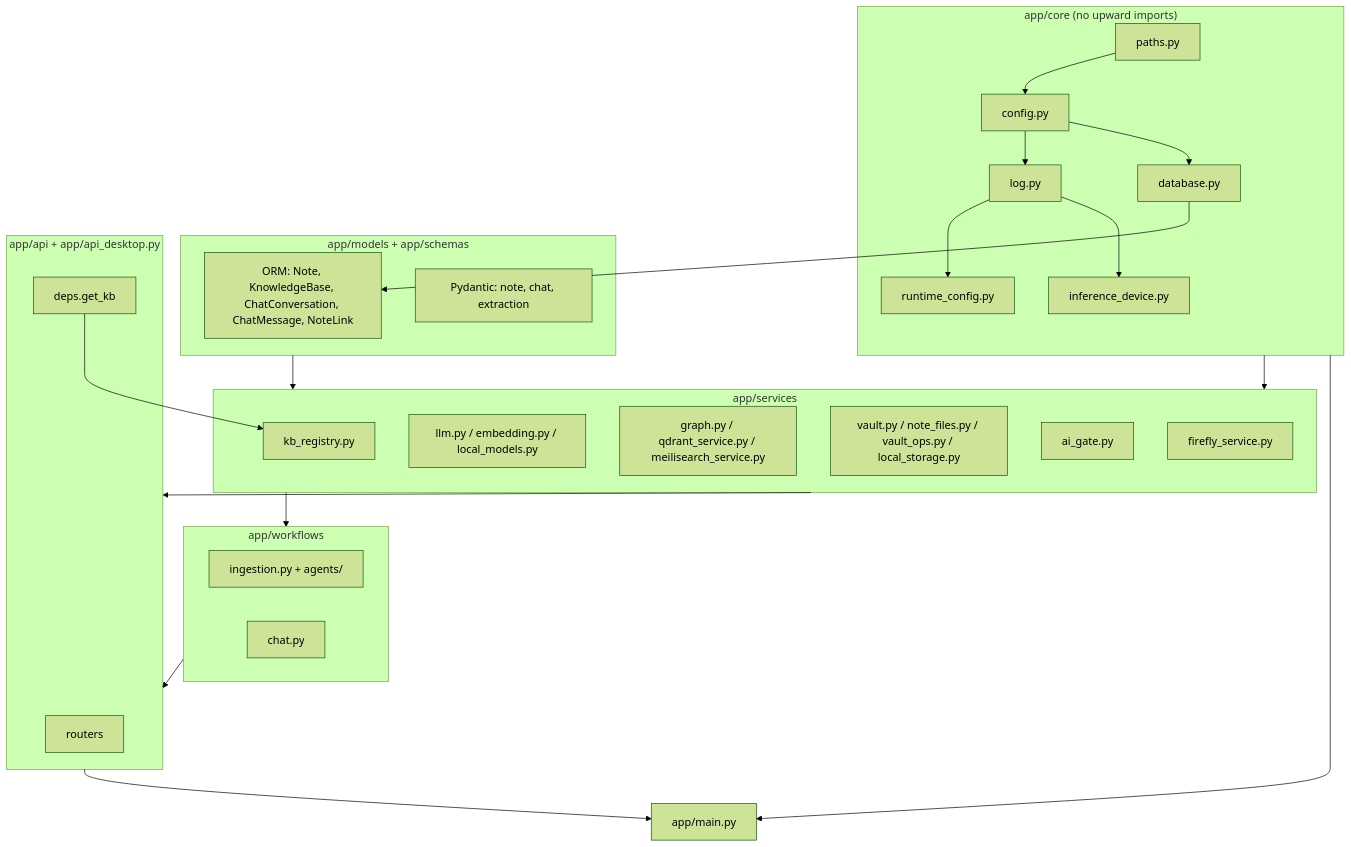
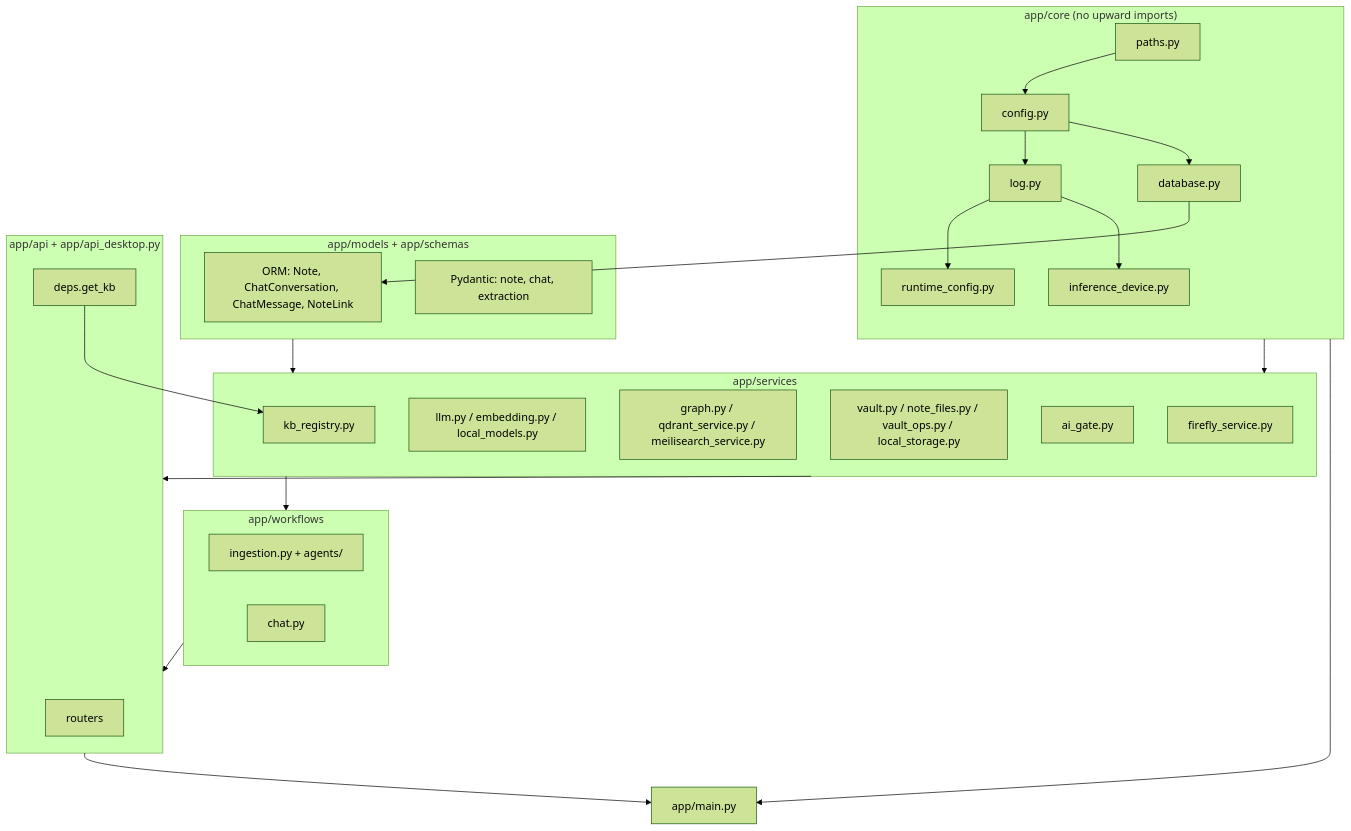
The first of 2 diagrams in Docs/06-backend-core-and-configuration.md (josetseph/Orb), drawn with Mermaid (forest theme) before and after one commit. The commit also changed other lines of this file and 35 other files, not shown here.

````diff
--- a/Docs/06-backend-core-and-configuration.md
+++ b/Docs/06-backend-core-and-configuration.md
@@ -60,45 +60,45 @@
 ```mermaid
 flowchart TB
     subgraph core["app/core (no upward imports)"]
         paths[paths.py]
         config[config.py]
         log[log.py]
         rc[runtime_config.py]
         db[database.py]
         dev[inference_device.py]
     end
     subgraph models["app/models + app/schemas"]
-        orm[ORM: Note, KnowledgeBase, ChatConversation, ChatMessage, NoteLink]
+        orm[ORM: Note, ChatConversation, ChatMessage, NoteLink]
         sch[Pydantic: note, chat, extraction]
     end
     subgraph services["app/services"]
         kbreg[kb_registry.py]
         llm[llm.py / embedding.py / local_models.py]
         stores[graph.py / qdrant_service.py / meilisearch_service.py]
         vault[vault.py / note_files.py / vault_ops.py / local_storage.py]
         gate[ai_gate.py]
         ff[firefly_service.py]
     end
     subgraph workflows["app/workflows"]
         ing[ingestion.py + agents/]
         chat[chat.py]
     end
     subgraph api["app/api + app/api_desktop.py"]
         routers[routers]
         deps[deps.get_kb]
     end
     main[app/main.py]
 
     paths --> config --> log --> rc
     config --> db
     log --> dev
     db --> orm
     core --> services
     models --> services
     services --> workflows
     workflows --> api
     services --> api
     deps --> kbreg
     api --> main
     core --> main
 ```
````
